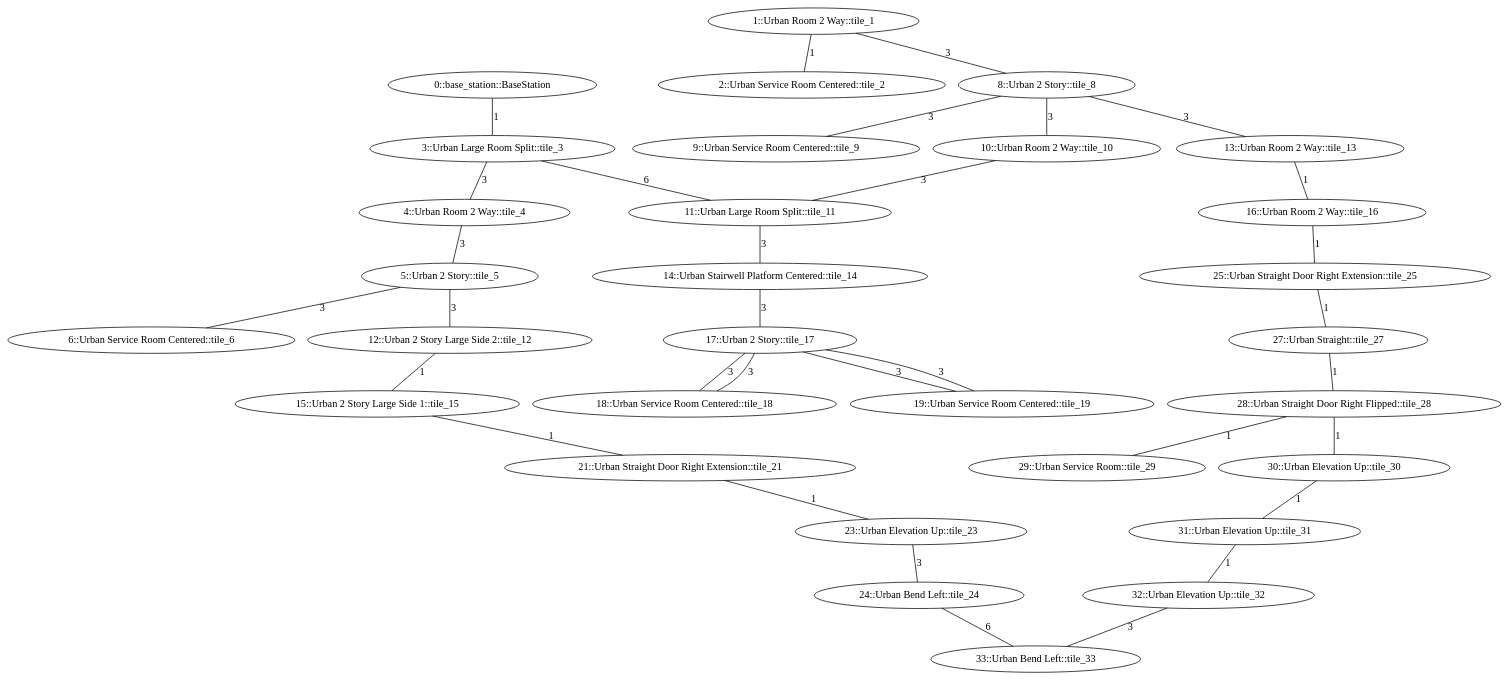
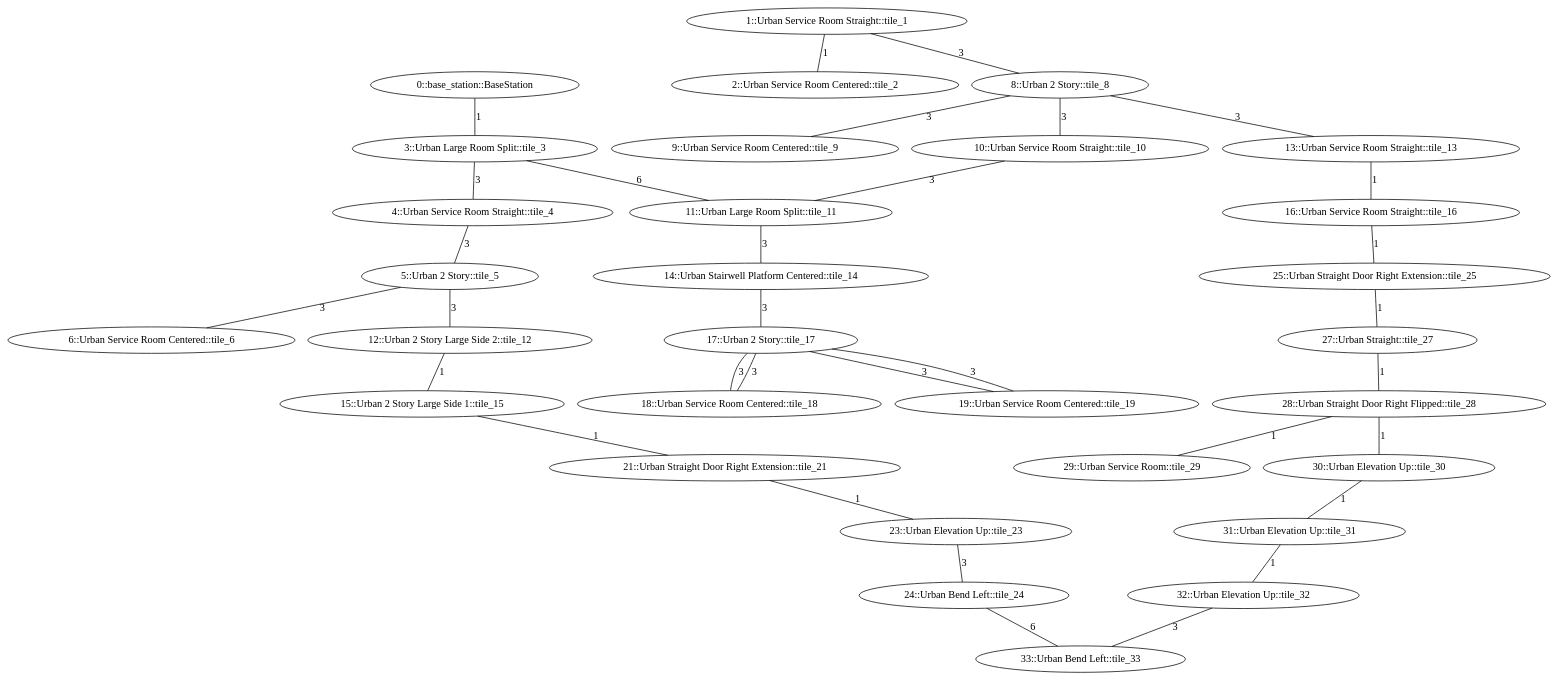
Before and after one commit to osrf/subt: the diagram in subt_ign/worlds/urban_circuit_practice_01.dot, drawn with Graphviz. The commit also changed 2 other files, not shown here.

```diff
--- a/subt_ign/worlds/urban_circuit_practice_01.dot
+++ b/subt_ign/worlds/urban_circuit_practice_01.dot
@@ -1,76 +1,76 @@
 /* Visibility graph for urban_circuit_practice_01.tsv */
 /* Generated with the tile_tsv.py script: */
 /*   tile_tsv.py urban_circuit_practice_01.tsv -\-graph-file urban_circuit_practice_01.dot -\-world-file urban_circuit_practice_01.sdf -\-world-name urban_circuit_practice_01 -\-scale_x 40 -\-scale_y 40 -\-urban -\-y0 24 -\-x0 -96 -\-z0 1 */
 
 graph {
   /* ==== Vertices ==== */
 
   /* Base station / Staging area */
   0   [label="0::base_station::BaseStation"];
 
-  1   [label="1::Urban Room 2 Way::tile_1"];
+  1   [label="1::Urban Service Room Straight::tile_1"];
   2   [label="2::Urban Service Room Centered::tile_2"];
   3   [label="3::Urban Large Room Split::tile_3"];
-  4   [label="4::Urban Room 2 Way::tile_4"];
+  4   [label="4::Urban Service Room Straight::tile_4"];
   5   [label="5::Urban 2 Story::tile_5"];
   6   [label="6::Urban Service Room Centered::tile_6"];
   8   [label="8::Urban 2 Story::tile_8"];
   9   [label="9::Urban Service Room Centered::tile_9"];
-  10  [label="10::Urban Room 2 Way::tile_10"];
+  10  [label="10::Urban Service Room Straight::tile_10"];
   11  [label="11::Urban Large Room Split::tile_11"];
   12  [label="12::Urban 2 Story Large Side 2::tile_12"];
-  13  [label="13::Urban Room 2 Way::tile_13"];
+  13  [label="13::Urban Service Room Straight::tile_13"];
   14  [label="14::Urban Stairwell Platform Centered::tile_14"];
   15  [label="15::Urban 2 Story Large Side 1::tile_15"];
-  16  [label="16::Urban Room 2 Way::tile_16"];
+  16  [label="16::Urban Service Room Straight::tile_16"];
   17  [label="17::Urban 2 Story::tile_17"];
   18  [label="18::Urban Service Room Centered::tile_18"];
   19  [label="19::Urban Service Room Centered::tile_19"];
   21  [label="21::Urban Straight Door Right Extension::tile_21"];
   23  [label="23::Urban Elevation Up::tile_23"];
   24  [label="24::Urban Bend Left::tile_24"];
   25  [label="25::Urban Straight Door Right Extension::tile_25"];
   27  [label="27::Urban Straight::tile_27"];
   28  [label="28::Urban Straight Door Right Flipped::tile_28"];
   29  [label="29::Urban Service Room::tile_29"];
   30  [label="30::Urban Elevation Up::tile_30"];
   31  [label="31::Urban Elevation Up::tile_31"];
   32  [label="32::Urban Elevation Up::tile_32"];
   33  [label="33::Urban Bend Left::tile_33"];
 
   /* ==== Edges ==== */
 
   /* Base station */
   0  -- 3   [label=1];
   1  -- 8   [label=3];  /* Intersection */
   3  -- 4   [label=3];  /* Intersection */
   3  -- 11  [label=6];  /* Intersection */
   4  -- 5   [label=3];  /* Intersection */
   5  -- 12  [label=3];  /* Intersection */
   8  -- 10  [label=3];  /* Intersection */
   8  -- 13  [label=3];  /* Intersection */
   10 -- 11  [label=3];  /* Intersection */
   11 -- 14  [label=3];  /* Intersection */
   12 -- 15  [label=1];
   13 -- 16  [label=1];
   14 -- 17  [label=3];  /* Intersection */
   15 -- 21  [label=1];
   16 -- 25  [label=1];
   21 -- 23  [label=1];
   23 -- 24  [label=3];
   24 -- 33  [label=6];
   25 -- 27  [label=1];
   27 -- 28  [label=1];
   28 -- 30  [label=1];
   30 -- 31  [label=1];
   31 -- 32  [label=1];
   32 -- 33  [label=3];
   1  -- 2   [label=1];
   5  -- 6   [label=3];  /* Intersection */
   8  -- 9   [label=3];  /* Intersection */
   17 -- 18  [label=3];  /* Intersection */
   17 -- 19  [label=3];  /* Intersection */
   17 -- 18  [label=3];  /* Intersection */
   17 -- 19  [label=3];  /* Intersection */
   28 -- 29  [label=1];
 }
```
